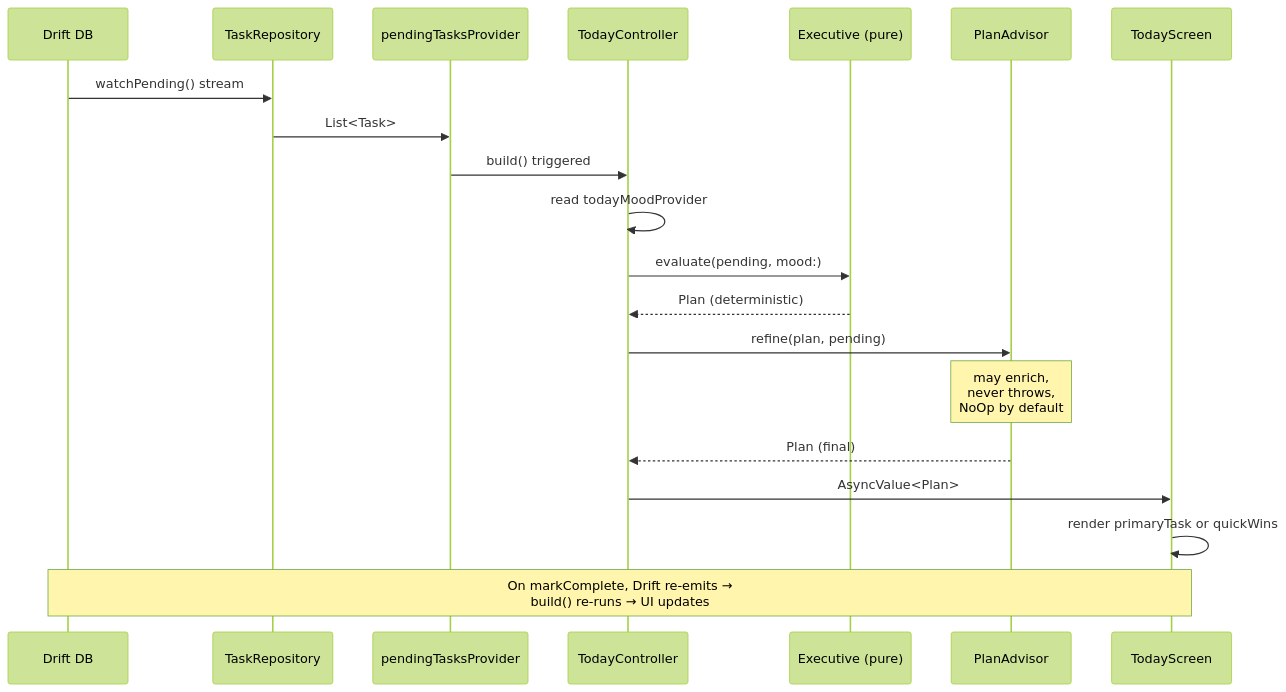
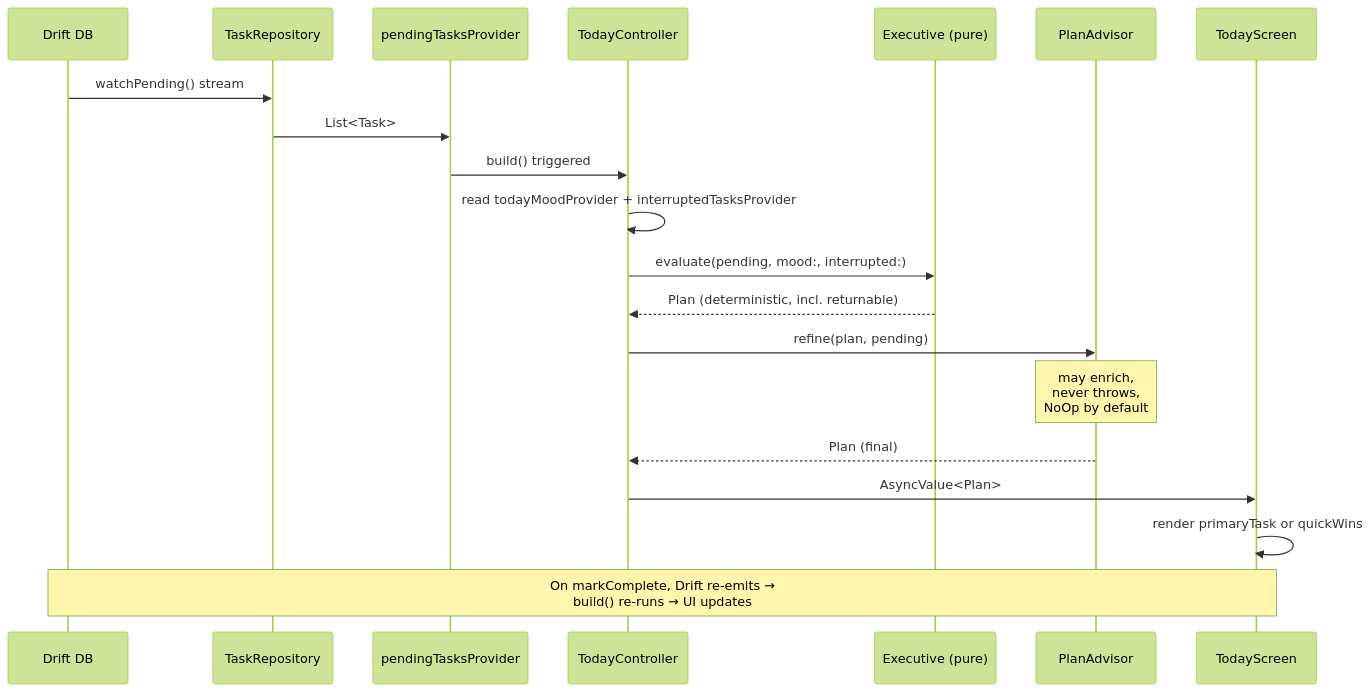
The fifth of 6 diagrams in MERMAID_DIAGRAMS.md (starwolf0007/ADD-Health-Tracking), drawn with Mermaid (forest theme) before and after one commit. The commit also changed other lines of this file and 5 other files, not shown here.

First line of the commit message:
Reconcile Continuity Binder with Phase 2 (living-state + timeline)

````diff
--- a/MERMAID_DIAGRAMS.md
+++ b/MERMAID_DIAGRAMS.md
@@ -210,24 +213,24 @@
 ```mermaid
 sequenceDiagram
     participant DB as Drift DB
     participant Repo as TaskRepository
     participant PT as pendingTasksProvider
     participant TC as TodayController
     participant EX as Executive (pure)
     participant AD as PlanAdvisor
     participant UI as TodayScreen
 
     DB->>Repo: watchPending() stream
     Repo->>PT: List<Task>
     PT->>TC: build() triggered
-    TC->>TC: read todayMoodProvider
-    TC->>EX: evaluate(pending, mood:)
-    EX-->>TC: Plan (deterministic)
+    TC->>TC: read todayMoodProvider + interruptedTasksProvider
+    TC->>EX: evaluate(pending, mood:, interrupted:)
+    EX-->>TC: Plan (deterministic, incl. returnable)
     TC->>AD: refine(plan, pending)
     Note over AD: may enrich,<br/>never throws,<br/>NoOp by default
     AD-->>TC: Plan (final)
     TC->>UI: AsyncValue<Plan>
     UI->>UI: render primaryTask or quickWins
 
     Note over DB,UI: On markComplete, Drift re-emits →<br/>build() re-runs → UI updates
 ```
````
